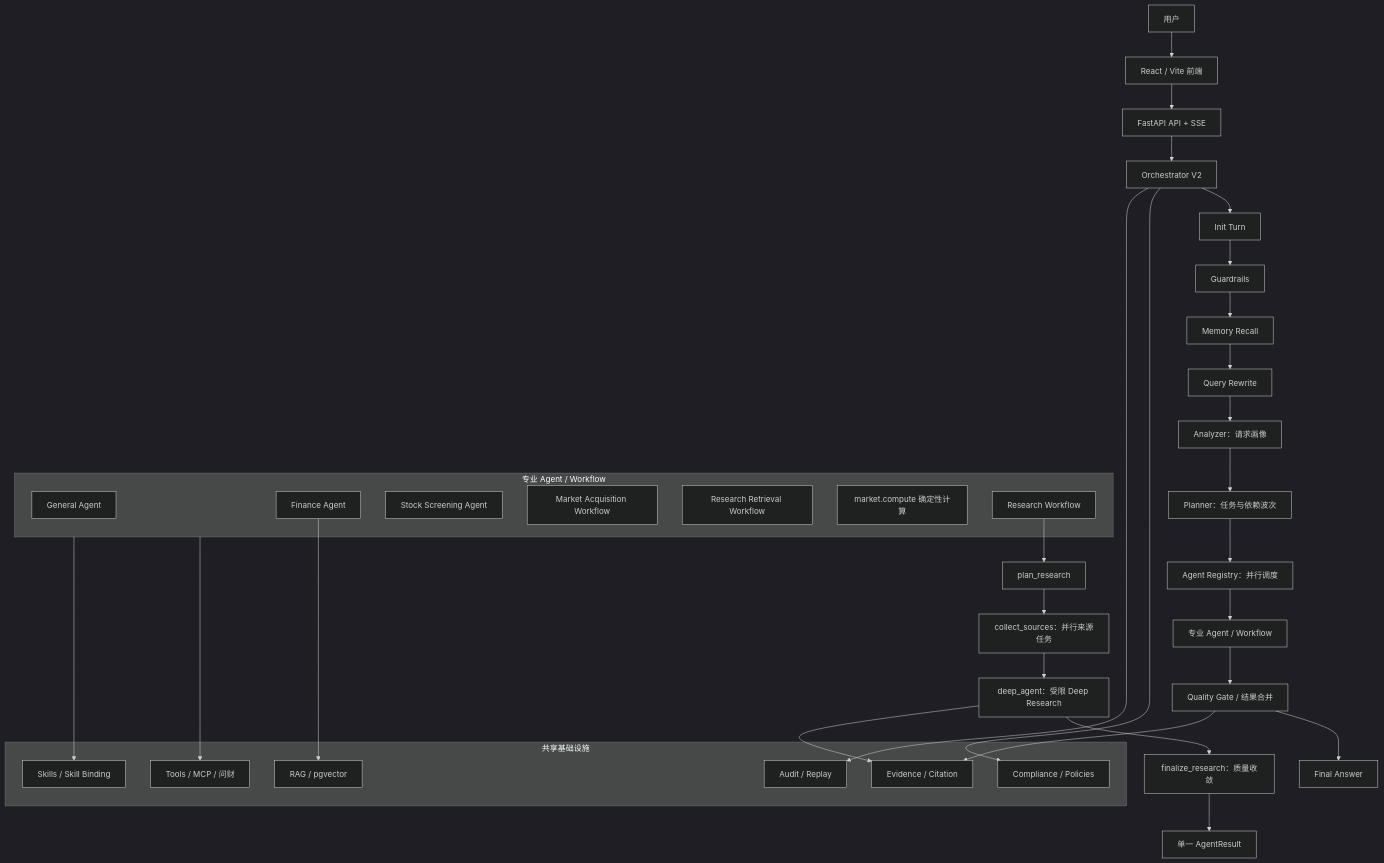
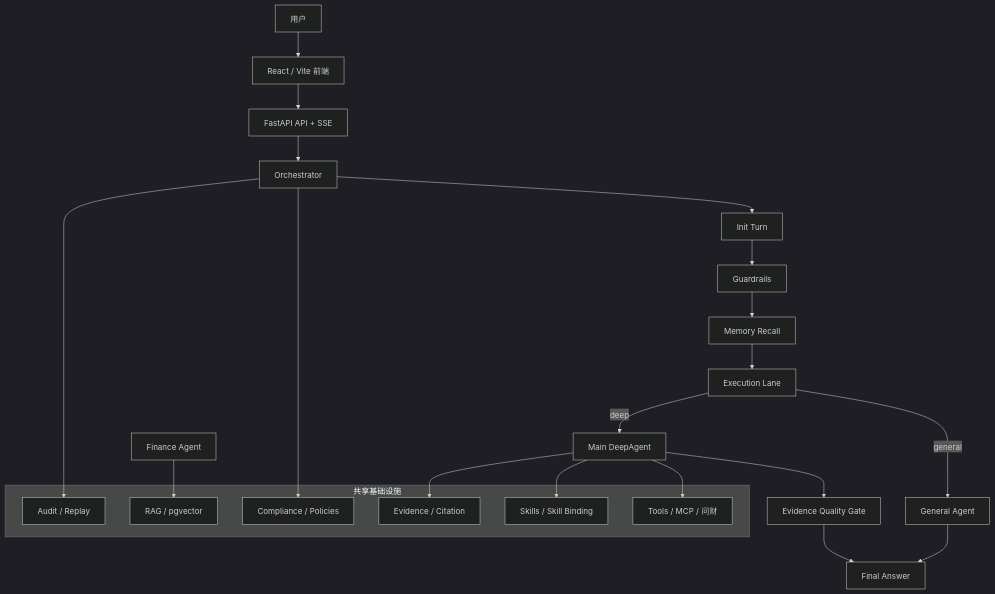
Before and after one commit to wooden1234/fin-harness: the diagram in README.md, drawn with Mermaid (dark theme). The commit also changed other lines of this file and 79 other files, not shown here.

First line of the commit message:
更新：增强多模态查询与图像处理功能

````diff
--- a/README.md
+++ b/README.md
@@ -116,49 +113,31 @@
 ```mermaid
 flowchart TB
     U[用户] --> FE[React / Vite 前端]
     FE --> API[FastAPI API + SSE]
-    API --> V2[Orchestrator V2]
-    V2 --> INIT[Init Turn]
+    API --> ORCH[Orchestrator]
+    ORCH --> INIT[Init Turn]
     INIT --> GUARD[Guardrails]
     GUARD --> MEM[Memory Recall]
-    MEM --> REWRITE[Query Rewrite]
-    REWRITE --> ANALYZER[Analyzer：请求画像]
-    ANALYZER --> PLANNER[Planner：任务与依赖波次]
-    PLANNER --> DISPATCH[Agent Registry：并行调度]
-    DISPATCH --> SPECIALIZED_ENTRY[专业 Agent / Workflow]
-    SPECIALIZED_ENTRY --> QUALITY[Quality Gate / 结果合并]
-    QUALITY --> FINAL[Final Answer]
-
-    subgraph SPECIALIZED[专业 Agent / Workflow]
-        GENERAL[General Agent]
-        FINANCE[Finance Agent]
-        SCREEN[Stock Screening Agent]
-        MARKET[Market Acquisition Workflow]
-        RETRIEVAL[Research Retrieval Workflow]
-        COMPUTE[market.compute 确定性计算]
-        RESEARCH[Research Workflow]
-    end
-
-    RESEARCH --> PLAN[plan_research]
-    PLAN --> SOURCES[collect_sources：并行来源任务]
-    SOURCES --> DEEP[deep_agent：受限 Deep Research]
-    DEEP --> RESEARCH_FINAL[finalize_research：质量收敛]
-    RESEARCH_FINAL --> ONE[单一 AgentResult]
+    MEM --> LANE[Execution Lane]
+    LANE -->|general| GENERAL[General Agent]
+    LANE -->|deep| MAIN[Main DeepAgent]
+    MAIN --> QUALITY[Evidence Quality Gate]
+    GENERAL --> FINAL[Final Answer]
+    QUALITY --> FINAL
 
     subgraph FOUNDATION[共享基础设施]
         TOOLS[Tools / MCP / 问财]
         SKILLS[Skills / Skill Binding]
         EVIDENCE[Evidence / Citation]
         COMPLIANCE[Compliance / Policies]
         AUDIT[Audit / Replay]
         RAG[RAG / pgvector]
     end
 
-    SPECIALIZED --> TOOLS
-    SPECIALIZED --> SKILLS
-    DEEP --> EVIDENCE
-    QUALITY --> EVIDENCE
-    V2 --> COMPLIANCE
-    V2 --> AUDIT
-    FINANCE --> RAG
+    MAIN --> TOOLS
+    MAIN --> SKILLS
+    MAIN --> EVIDENCE
+    ORCH --> COMPLIANCE
+    ORCH --> AUDIT
+    FINANCE[Finance Agent] --> RAG
 ```
````
